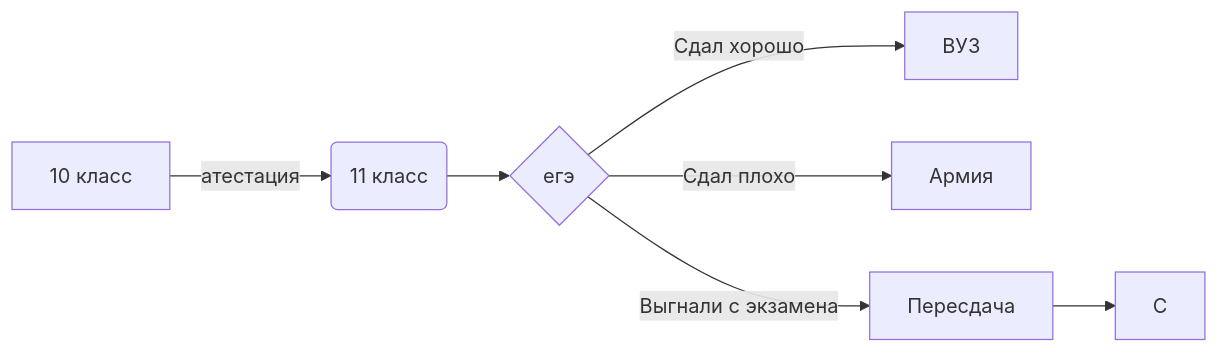
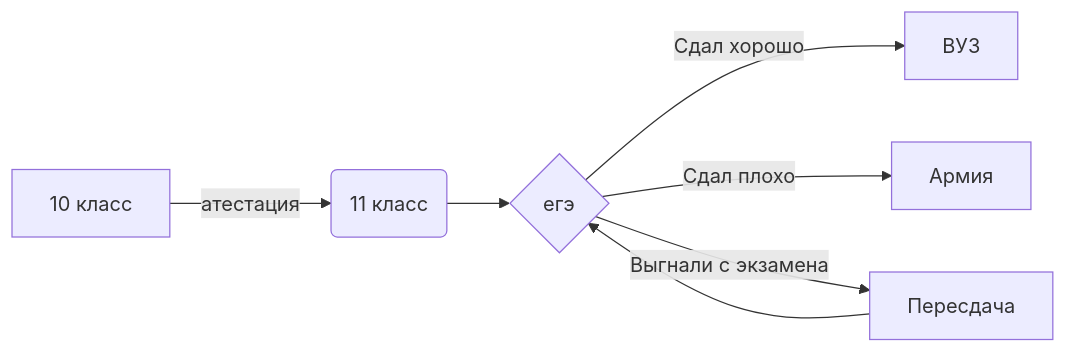
One commit to 1nikov7/-.-.- changed the diagram in README.md. Above: the diagram before and after it, drawn with Mermaid.

````diff
--- a/README.md
+++ b/README.md
@@ -68,9 +68,9 @@
 ```mermaid
 flowchart LR
 A[10 класс] -->|атестация| B(11 класс)
 B --> C{егэ}
 C -->|Сдал хорошо| D[ВУЗ]
 C -->|Сдал плохо| E[Армия]
 C -->|Выгнали с экзамена| F[Пересдача]
-F --> С
+F --> C
 ```
````
